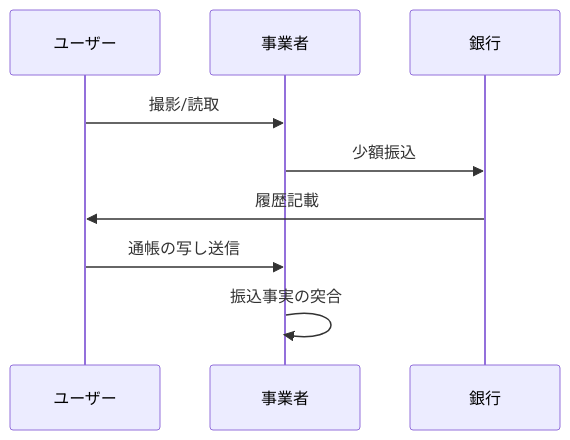
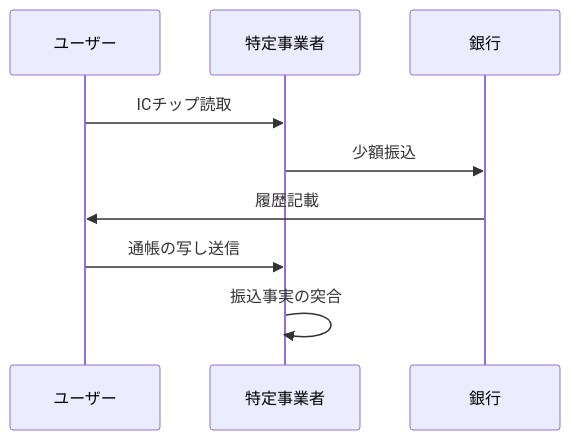
Diagram 12 of 20 in hanshuho.md (CiderH2CO3/study-hanshuho), drawn with Mermaid before and after one commit. The commit also changed other lines of this file, not shown here.

````diff
--- a/hanshuho.md
+++ b/hanshuho.md
@@ -442,11 +459,11 @@
 ```mermaid
 sequenceDiagram
     participant User as ユーザー
-    participant Biz as 事業者
+    participant Biz as 特定事業者
     participant Bank as 銀行
-    User->>Biz: 撮影/読取
+    User->>Biz: ICチップ読取
     Biz->>Bank: 少額振込
     Bank->>User: 履歴記載
     User->>Biz: 通帳の写し送信
     Biz->>Biz: 振込事実の突合
 ```
````
